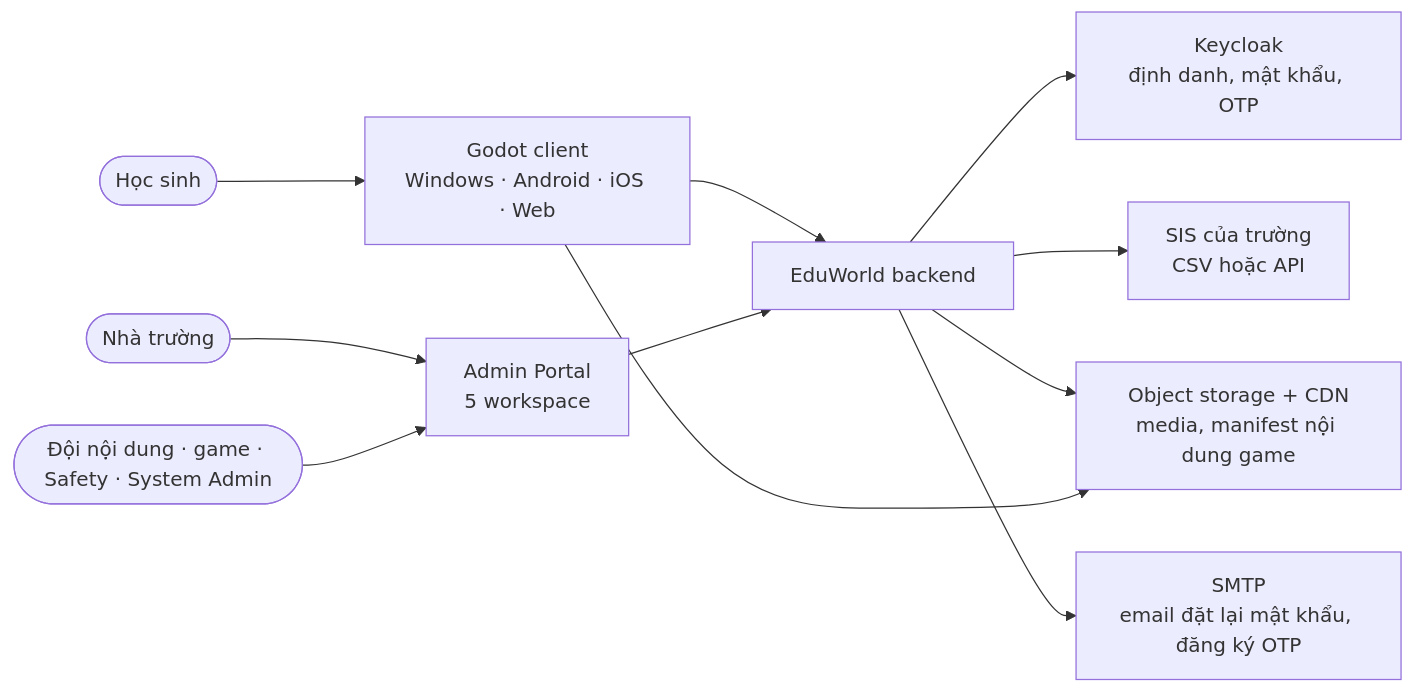
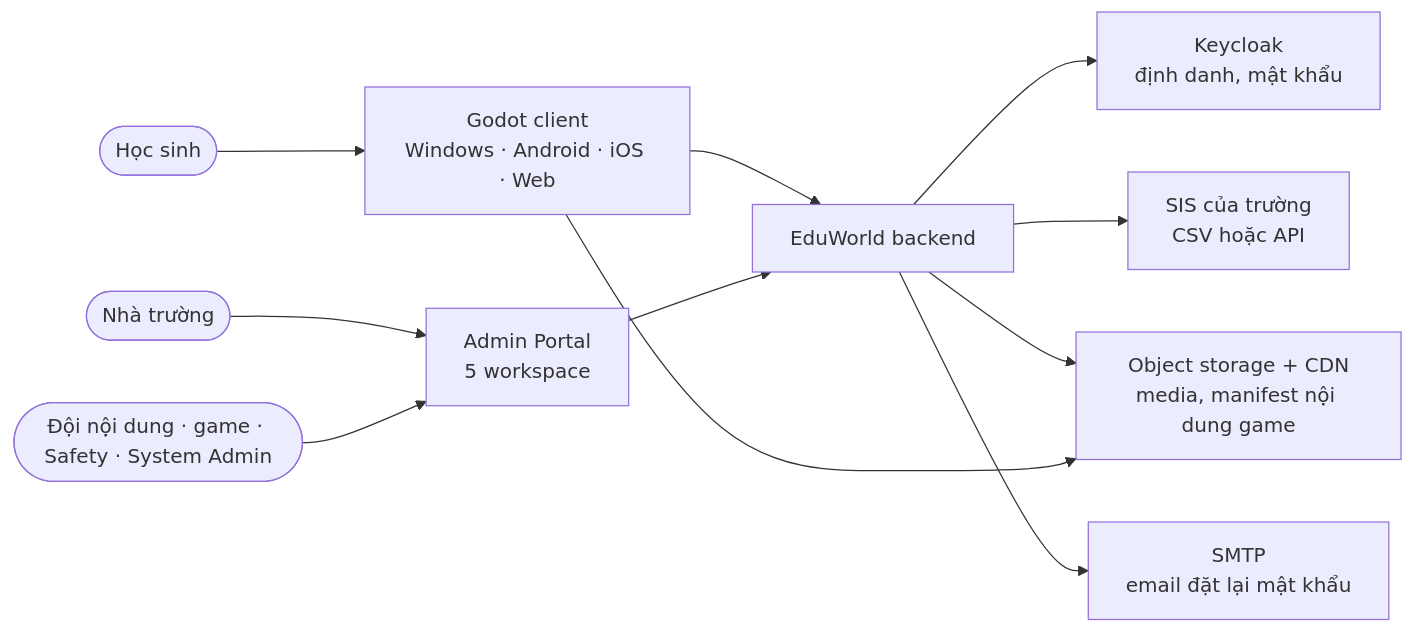
One commit to tanguyen2020/eduworld-platform changed the first of 11 diagrams in README.md. Above: the diagram before and after it, drawn with Mermaid. The commit also changed other lines of this file and 242 other files, not shown here.

````diff
--- a/README.md
+++ b/README.md
@@ -98,13 +98,13 @@
 ```mermaid
 flowchart LR
   HS(["Học sinh"]) --> GC["Godot client<br/>Windows · Android · iOS · Web"]
   NT(["Nhà trường"]) --> AP["Admin Portal<br/>5 workspace"]
   OP(["Đội nội dung · game · Safety · System Admin"]) --> AP
   GC --> EW["EduWorld backend"]
   AP --> EW
-  EW --> KC["Keycloak<br/>định danh, mật khẩu, OTP"]
+  EW --> KC["Keycloak<br/>định danh, mật khẩu"]
   EW --> SIS["SIS của trường<br/>CSV hoặc API"]
   EW --> OS["Object storage + CDN<br/>media, manifest nội dung game"]
-  EW --> MAIL["SMTP<br/>email đặt lại mật khẩu, đăng ký OTP"]
+  EW --> MAIL["SMTP<br/>email đặt lại mật khẩu"]
   GC --> OS
 ```
````
